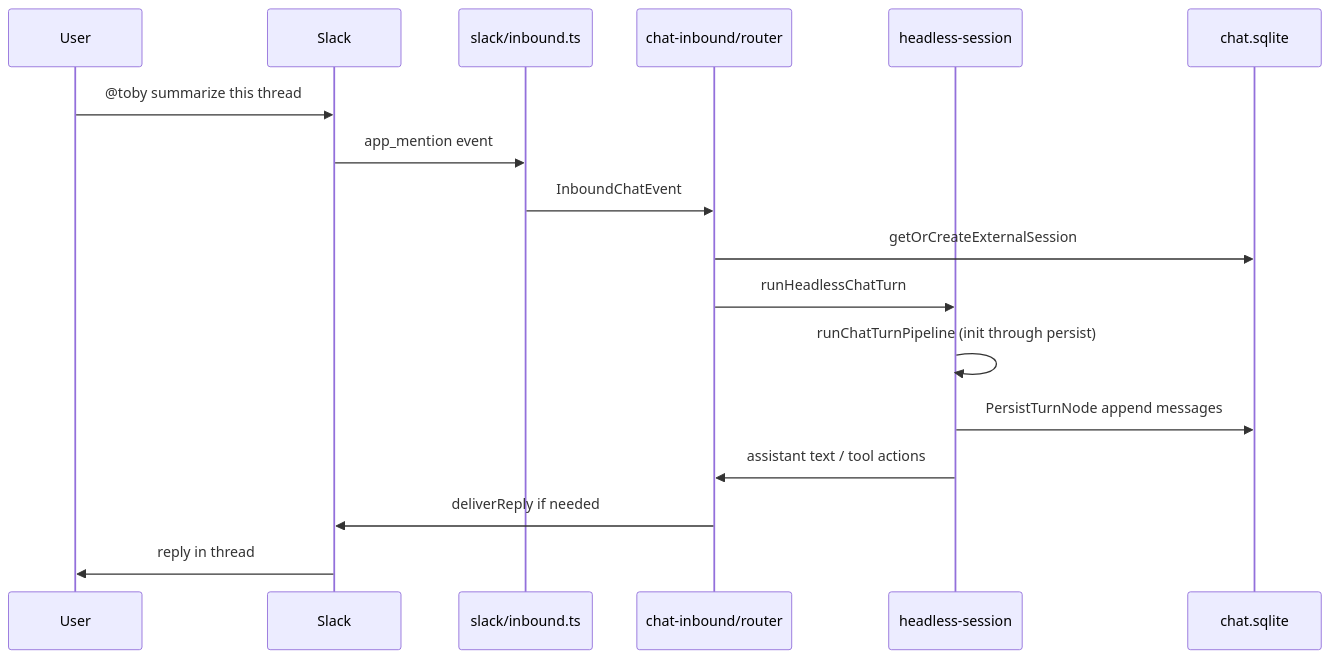
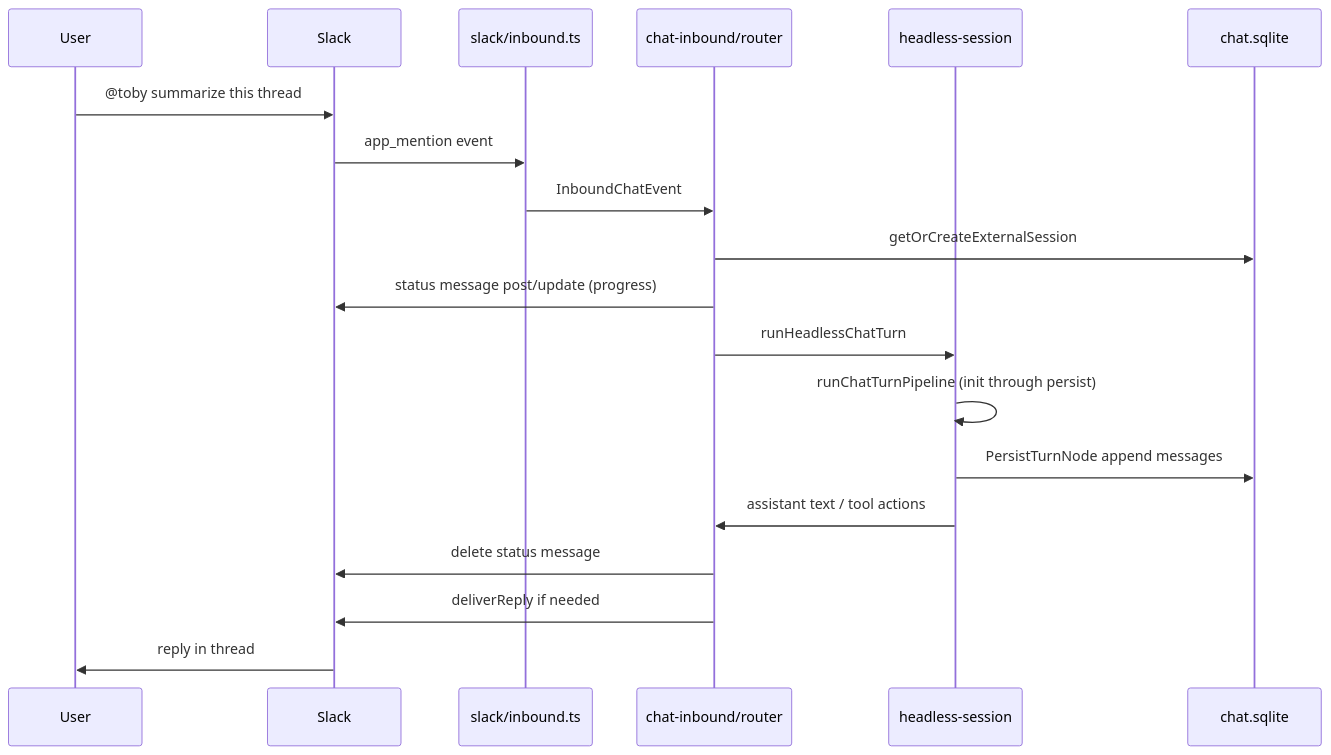
The second of 2 diagrams in docs/daemon.md (kshehadeh/toby), drawn with Mermaid before and after one commit. The commit also changed 1 other file, not shown here.

Commit message:
docs(chat-inbound): document Slack processing status UX
Describe context-block status messages, emoji mapping, and the inbound
status reporter contract in chat-inbound and daemon flow docs.

````diff
--- a/docs/daemon.md
+++ b/docs/daemon.md
@@ -90,20 +90,22 @@
 ```mermaid
 sequenceDiagram
   participant User
   participant Slack
   participant Listener as slack/inbound.ts
   participant Router as chat-inbound/router
   participant Runner as headless-session
   participant DB as chat.sqlite
 
   User->>Slack: @toby summarize this thread
   Slack->>Listener: app_mention event
   Listener->>Router: InboundChatEvent
   Router->>DB: getOrCreateExternalSession
+  Router->>Slack: status message post/update (progress)
   Router->>Runner: runHeadlessChatTurn
   Runner->>Runner: runChatTurnPipeline (init through persist)
   Runner->>DB: PersistTurnNode append messages
   Runner->>Router: assistant text / tool actions
+  Router->>Slack: delete status message
   Router->>Slack: deliverReply if needed
   Slack->>User: reply in thread
 ```
````
